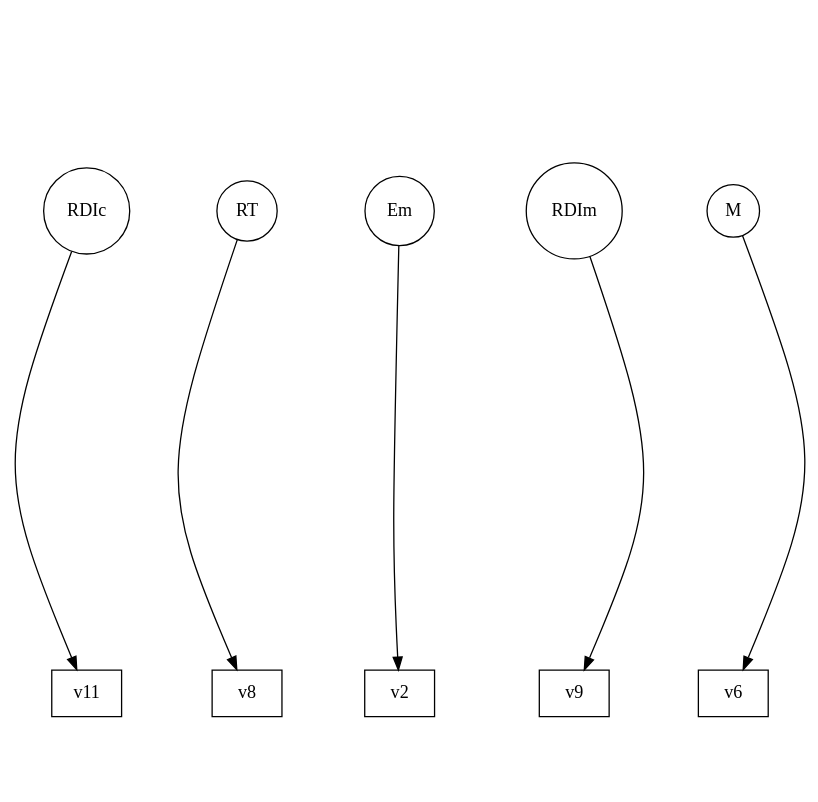
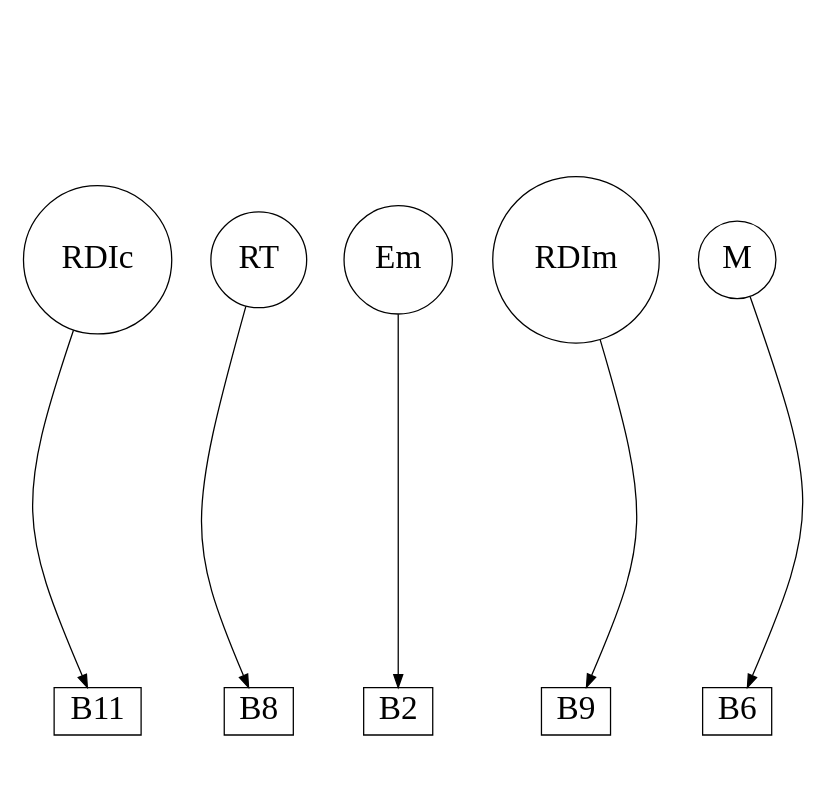
The diagram in cdc42_network_in_yeast/order_5/goryachev_model_order_5_frag_8_sg_0.dot (gratelpy/gratelpy-supplementary-information), drawn with Graphviz before and after one commit. The commit also changed 618 other files, not shown here.

```diff
--- a/cdc42_network_in_yeast/order_5/goryachev_model_order_5_frag_8_sg_0.dot
+++ b/cdc42_network_in_yeast/order_5/goryachev_model_order_5_frag_8_sg_0.dot
@@ -1,23 +1,22 @@
 strict digraph G {
 remincross="true";
 ratio="fill";
 splines="curved";
 overlap="true";
-fontsize="26";
 size="8.3,8.3";
-RDIc [shape="circle", pos="400.0,0.0!"];
-RT [shape="circle", pos="80.0,240.0!"];
-Em [shape="circle", pos="0.0,280.0!"];
-RDIm [shape="circle", pos="300.0,80.0!"];
-v11 [shape="box", pos="420.0,80.0!"];
-M [shape="circle", pos="260.0,360.0!"];
-v6 [shape="box", pos="260.0,240.0!"];
-v2 [shape="box", pos="0.0,360.0!"];
-v9 [shape="box", pos="320.0,160.0!"];
-v8 [shape="box", pos="160.0,320.0!"];
-RDIm -> v9;
-Em -> v2;
-RT -> v8;
-RDIc -> v11;
-M -> v6;
+RDIc [shape="circle", fontsize=26, pos="400.0,0.0!"];
+RT [shape="circle", fontsize=26, pos="80.0,240.0!"];
+Em [shape="circle", fontsize=26, pos="0.0,280.0!"];
+RDIm [shape="circle", fontsize=26, pos="300.0,80.0!"];
+B11 [shape="box", fontsize=26, pos="420.0,80.0!"];
+M [shape="circle", fontsize=26, pos="260.0,360.0!"];
+B6 [shape="box", fontsize=26, pos="260.0,240.0!"];
+B2 [shape="box", fontsize=26, pos="0.0,360.0!"];
+B9 [shape="box", fontsize=26, pos="320.0,160.0!"];
+B8 [shape="box", fontsize=26, pos="160.0,320.0!"];
+RDIm -> B9;
+Em -> B2;
+RT -> B8;
+RDIc -> B11;
+M -> B6;
 }
```
